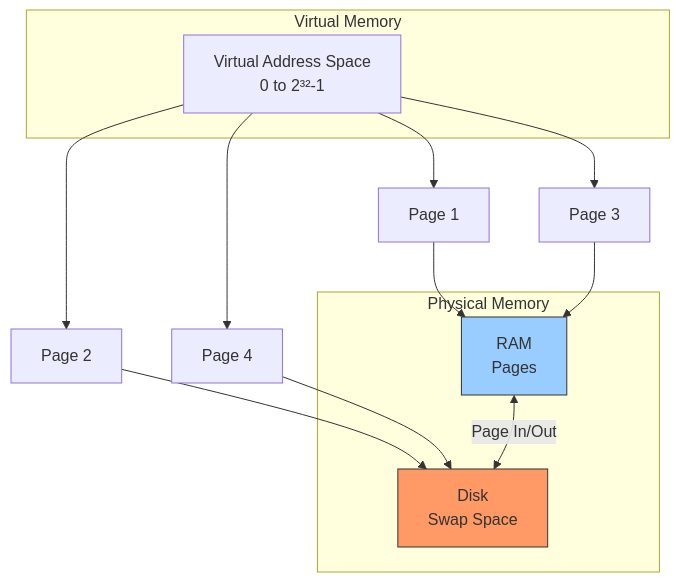
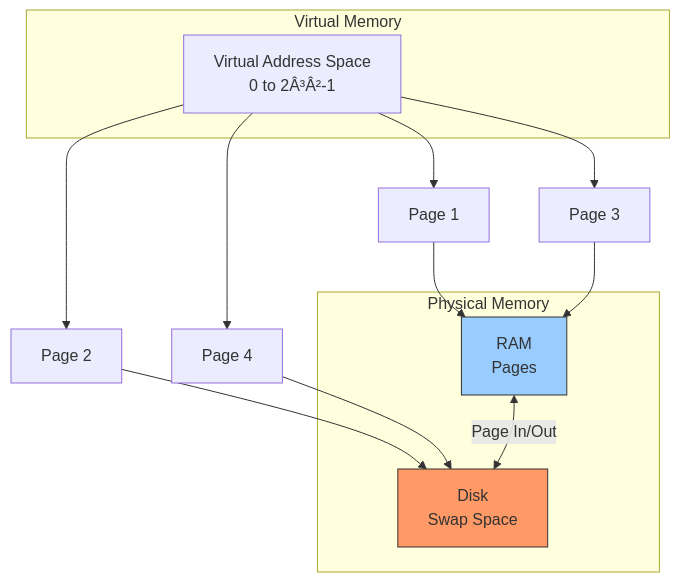
One commit to Raushan666java/ai-engineering-journey changed the first of 4 diagrams in docs/courses/government-pyqs/09-nic-scientist-2022.md. Above: the diagram before and after it, drawn with Mermaid. The commit also changed other lines of this file and 735 other files, not shown here.

````diff
--- a/docs/courses/government-pyqs/09-nic-scientist-2022.md
+++ b/docs/courses/government-pyqs/09-nic-scientist-2022.md
@@ -764,17 +764,17 @@
 ```mermaid
 flowchart TD
     subgraph "Virtual Memory"
-        VM[Virtual Address Space<br/>0 to 2³²-1]
+        VM[Virtual Address Space<br/>0 to 2Â³Â²-1]
     end
     subgraph "Physical Memory"
         RAM[RAM<br/>Pages]
         DISK[Disk<br/>Swap Space]
     end
     VM --> P1[Page 1] --> RAM
     VM --> P2[Page 2] --> DISK
     VM --> P3[Page 3] --> RAM
     VM --> P4[Page 4] --> DISK
     RAM <-->|Page In/Out| DISK
     style DISK fill:#f96,stroke:#333
     style RAM fill:#9cf,stroke:#333
 ```
````
